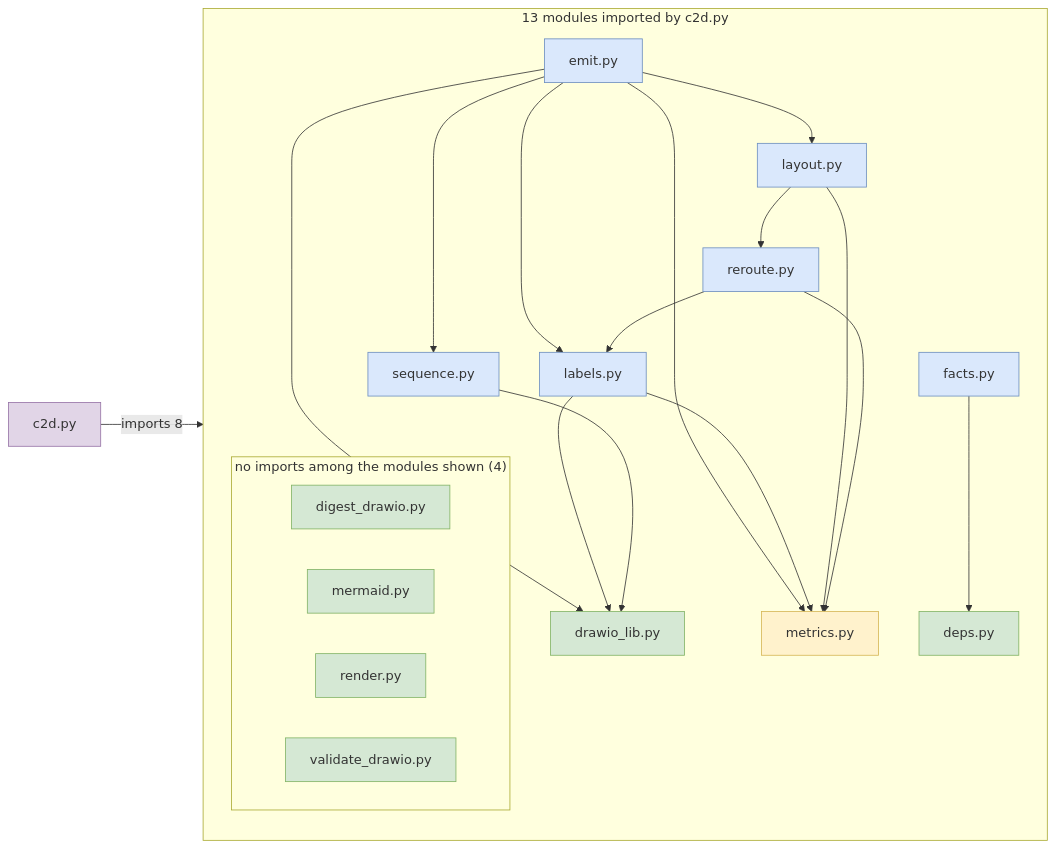
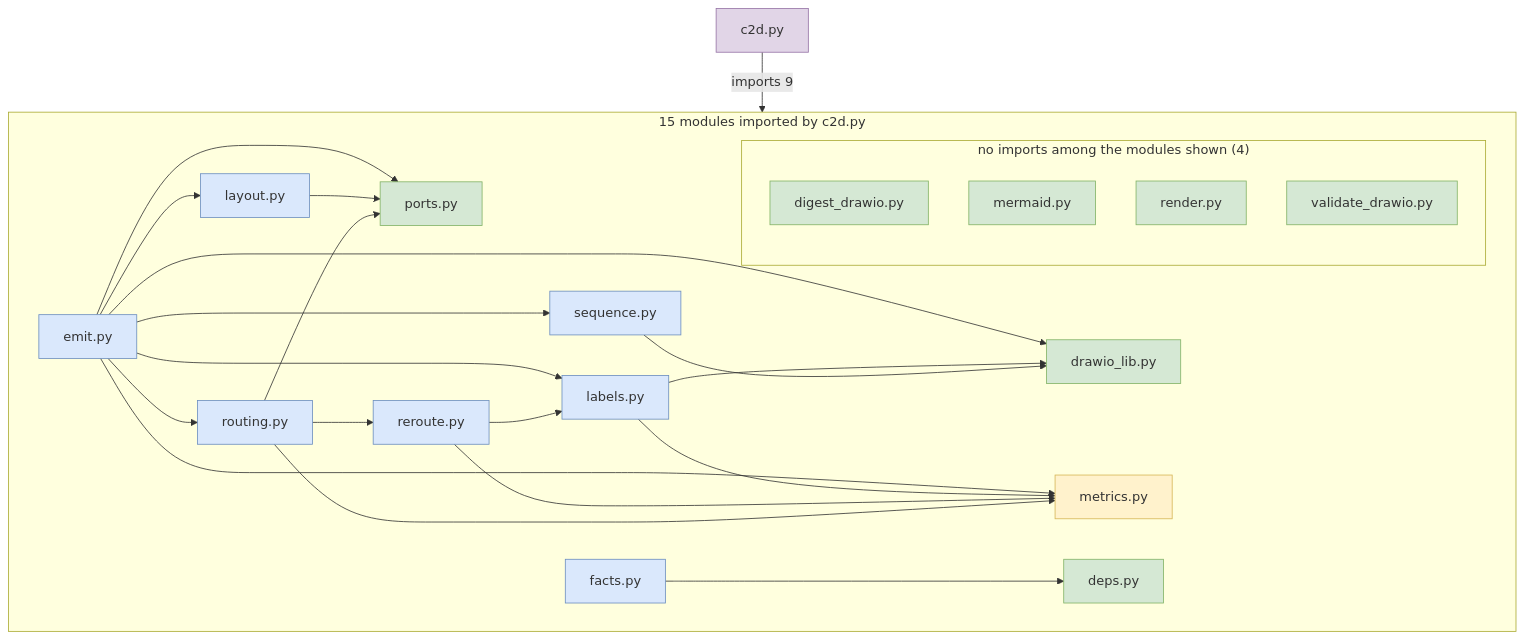
Before and after one commit to AIPris/code-to-diagram: the diagram in examples/import-graph/import-graph.mmd, drawn with Mermaid. The commit also changed 17 other files, not shown here.

First line of the commit message:
Route edges straight: shape-aware ports, lanes for long edges, kink/overlap metrics

```diff
--- a/examples/import-graph/import-graph.mmd
+++ b/examples/import-graph/import-graph.mmd
@@ -1,39 +1,45 @@
 %% src: skills/code-to-diagram/scripts
-flowchart LR
-  subgraph all_ ["13 modules imported by c2d.py"]
+flowchart TB
+  subgraph all_ ["15 modules imported by c2d.py"]
     skills_code_to_diagram_scripts_deps_py["deps.py"]:::leaf
     skills_code_to_diagram_scripts_drawio_lib_py["drawio_lib.py"]:::leaf
     skills_code_to_diagram_scripts_emit_py["emit.py"]:::mod
     skills_code_to_diagram_scripts_facts_py["facts.py"]:::mod
     skills_code_to_diagram_scripts_labels_py["labels.py"]:::mod
     skills_code_to_diagram_scripts_layout_py["layout.py"]:::mod
     skills_code_to_diagram_scripts_metrics_py["metrics.py"]:::hub
+    skills_code_to_diagram_scripts_ports_py["ports.py"]:::leaf
     skills_code_to_diagram_scripts_reroute_py["reroute.py"]:::mod
+    skills_code_to_diagram_scripts_routing_py["routing.py"]:::mod
     skills_code_to_diagram_scripts_sequence_py["sequence.py"]:::mod
-    subgraph alone_12 ["no imports among the modules shown (4)"]
+    subgraph alone_14 ["no imports among the modules shown (4)"]
       skills_code_to_diagram_scripts_digest_drawio_py["digest_drawio.py"]:::leaf
       skills_code_to_diagram_scripts_mermaid_py["mermaid.py"]:::leaf
       skills_code_to_diagram_scripts_render_py["render.py"]:::leaf
       skills_code_to_diagram_scripts_validate_drawio_py["validate_drawio.py"]:::leaf
     end
   end
   skills_code_to_diagram_scripts_c2d_py["c2d.py"]:::entry
-  skills_code_to_diagram_scripts_c2d_py -->|"imports 8"| all_
+  skills_code_to_diagram_scripts_c2d_py -->|"imports 9"| all_
   skills_code_to_diagram_scripts_emit_py --> skills_code_to_diagram_scripts_drawio_lib_py
   skills_code_to_diagram_scripts_emit_py --> skills_code_to_diagram_scripts_layout_py
+  skills_code_to_diagram_scripts_emit_py --> skills_code_to_diagram_scripts_ports_py
+  skills_code_to_diagram_scripts_emit_py --> skills_code_to_diagram_scripts_routing_py
   skills_code_to_diagram_scripts_emit_py --> skills_code_to_diagram_scripts_sequence_py
   skills_code_to_diagram_scripts_emit_py --> skills_code_to_diagram_scripts_labels_py
   skills_code_to_diagram_scripts_emit_py --> skills_code_to_diagram_scripts_metrics_py
   skills_code_to_diagram_scripts_facts_py --> skills_code_to_diagram_scripts_deps_py
   skills_code_to_diagram_scripts_labels_py --> skills_code_to_diagram_scripts_drawio_lib_py
   skills_code_to_diagram_scripts_labels_py --> skills_code_to_diagram_scripts_metrics_py
-  skills_code_to_diagram_scripts_layout_py --> skills_code_to_diagram_scripts_metrics_py
-  skills_code_to_diagram_scripts_layout_py --> skills_code_to_diagram_scripts_reroute_py
+  skills_code_to_diagram_scripts_layout_py --> skills_code_to_diagram_scripts_ports_py
   skills_code_to_diagram_scripts_reroute_py --> skills_code_to_diagram_scripts_labels_py
   skills_code_to_diagram_scripts_reroute_py --> skills_code_to_diagram_scripts_metrics_py
+  skills_code_to_diagram_scripts_routing_py --> skills_code_to_diagram_scripts_metrics_py
+  skills_code_to_diagram_scripts_routing_py --> skills_code_to_diagram_scripts_ports_py
+  skills_code_to_diagram_scripts_routing_py --> skills_code_to_diagram_scripts_reroute_py
   skills_code_to_diagram_scripts_sequence_py --> skills_code_to_diagram_scripts_drawio_lib_py
   classDef entry fill:#e1d5e7,stroke:#9673a6
   classDef hub fill:#fff2cc,stroke:#d6b656
   classDef leaf fill:#d5e8d4,stroke:#82b366
   classDef mod fill:#dae8fc,stroke:#6c8ebf
 %% legend: entry=entry point; hub=imported by 4+ of the files shown; leaf=imports nothing else in the scanned code; mod=other module
```
